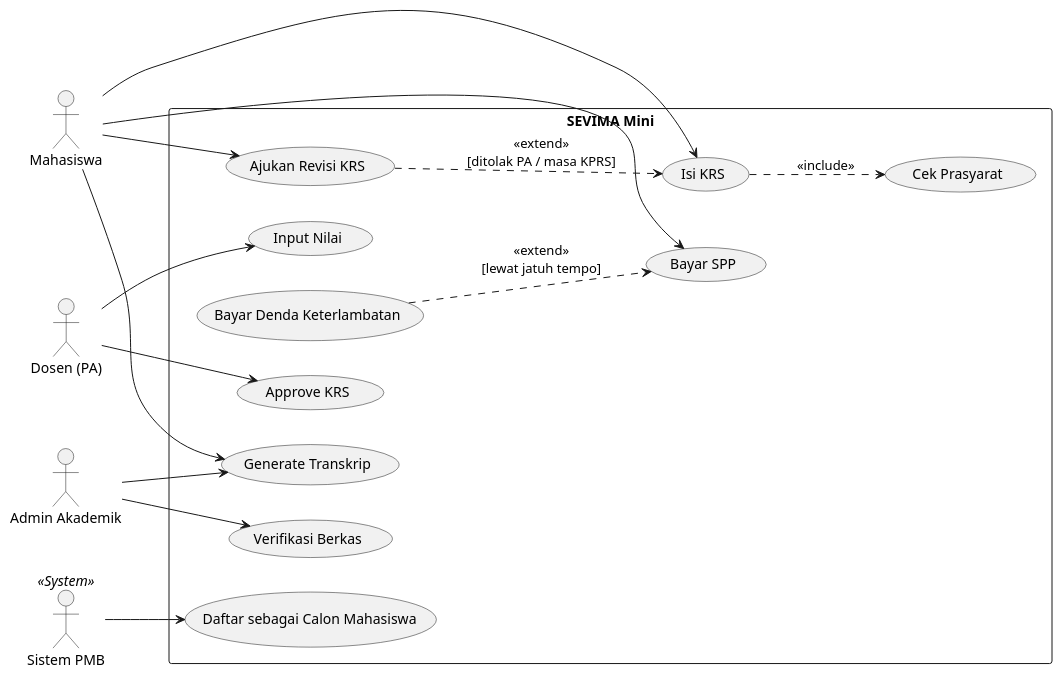
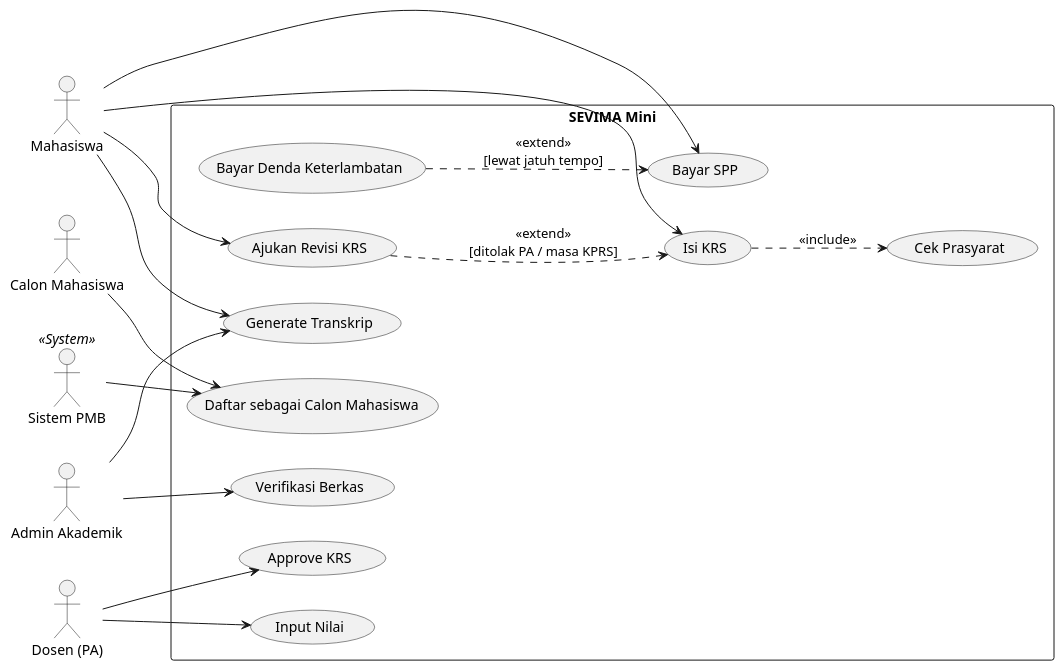
Before and after one commit to zainunkamal/sevima-mini: the diagram in diagram/use-case-diagram.puml, drawn with PlantUML. The commit also changed 20 other files, not shown here.

Commit message:
feat: synchronize class diagram (v5), use case (v2), and complete 100% sequence coverage

```diff
--- a/diagram/use-case-diagram.puml
+++ b/diagram/use-case-diagram.puml
@@ -1,71 +1,73 @@
 @startuml
 skinparam packageStyle rectangle
 skinparam shadowing false
 skinparam monochrome false
 left to right direction
 
 ' ========================================================
 ' DEFINISI AKTOR (Di Luar System Boundary)
 ' ========================================================
+actor "Calon Mahasiswa" as calon
 actor "Mahasiswa" as mhs
 actor "Dosen (PA)" as dosen
 actor "Admin Akademik" as admin
 actor "Sistem PMB" as pmb <<System>>
 
 ' ========================================================
 ' SYSTEM BOUNDARY: SEVIMA Mini
 ' ========================================================
 rectangle "SEVIMA Mini" {
 
     ' --- Modul Registrasi & Penerimaan ---
     usecase "Daftar sebagai Calon Mahasiswa" as UC_Daftar
     usecase "Verifikasi Berkas" as UC_Verifikasi
 
     ' --- Modul Keuangan Mahasiswa ---
     usecase "Bayar SPP" as UC_BayarSPP
     usecase "Bayar Denda Keterlambatan" as UC_BayarDenda
 
     ' --- Modul Rencana Studi (KRS) ---
     usecase "Isi KRS" as UC_IsiKRS
     usecase "Cek Prasyarat" as UC_CekPrasyarat
     usecase "Ajukan Revisi KRS" as UC_AjukanRevisi
     usecase "Approve KRS" as UC_ApproveKRS
 
     ' --- Modul Penilaian & Rekam Akademik ---
     usecase "Input Nilai" as UC_InputNilai
     usecase "Generate Transkrip" as UC_GenerateTranskrip
 
     ' ====================================================
     ' RELASI ANTAR USE CASE (include & extend)
     ' ====================================================
 
     ' Relasi <<include>>: Langkah wajib internal
     UC_IsiKRS ..> UC_CekPrasyarat : <<include>>
 
     ' Relasi <<extend>>: Percabangan / langkah tambahan bersyarat
     UC_BayarDenda ..> UC_BayarSPP : <<extend>>\n[lewat jatuh tempo]
     UC_AjukanRevisi ..> UC_IsiKRS : <<extend>>\n[ditolak PA / masa KPRS]
 }
 
 ' ========================================================
 ' ASOSIASI AKTOR KE USE CASE
 ' ========================================================
 
-' Sistem PMB (Sistem Eksternal)
+' Calon Mahasiswa & Sistem PMB (Inisiasi PMB Mandiri & Integrasi Sistem)
+calon --> UC_Daftar
 pmb --> UC_Daftar
 
 ' Admin Akademik
 admin --> UC_Verifikasi
 admin --> UC_GenerateTranskrip
 
 ' Mahasiswa
 mhs --> UC_BayarSPP
 mhs --> UC_IsiKRS
 mhs --> UC_AjukanRevisi
 mhs --> UC_GenerateTranskrip
 
 ' Dosen (PA)
 dosen --> UC_ApproveKRS
 dosen --> UC_InputNilai
 
 @enduml
```
